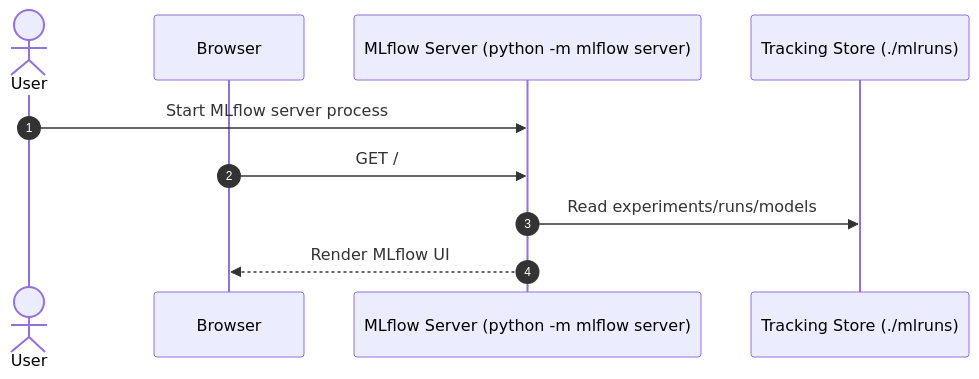
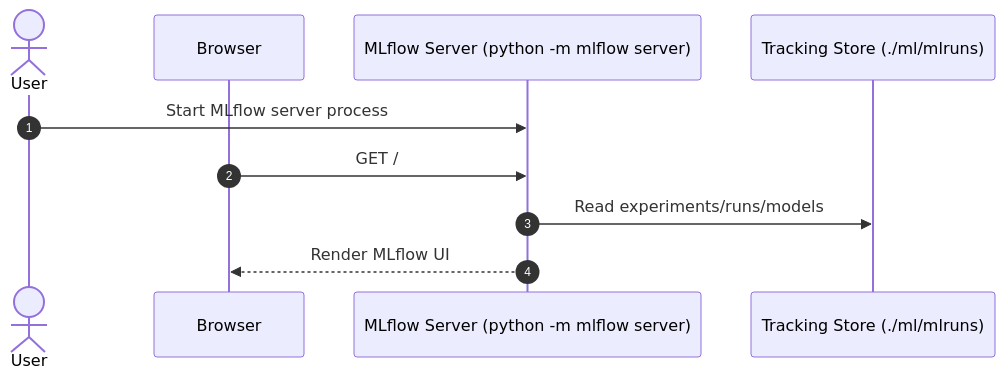
One commit to salonig90/Bm-MLOPs changed the second of 4 diagrams in sequence.md. Above: the diagram before and after it, drawn with Mermaid. The commit also changed other lines of this file and 7223 other files, not shown here.

````diff
--- a/sequence.md
+++ b/sequence.md
@@ -77,13 +77,13 @@
 ```mermaid
 sequenceDiagram
   autonumber
   actor User
   participant Browser as Browser
   participant MLflowUI as MLflow Server (python -m mlflow server)
-  participant MLflowTracking as Tracking Store (./mlruns)
+  participant MLflowTracking as Tracking Store (./ml/mlruns)
 
   User->>MLflowUI: Start MLflow server process
   Browser->>MLflowUI: GET /
   MLflowUI->>MLflowTracking: Read experiments/runs/models
   MLflowUI-->>Browser: Render MLflow UI
 ```
````
